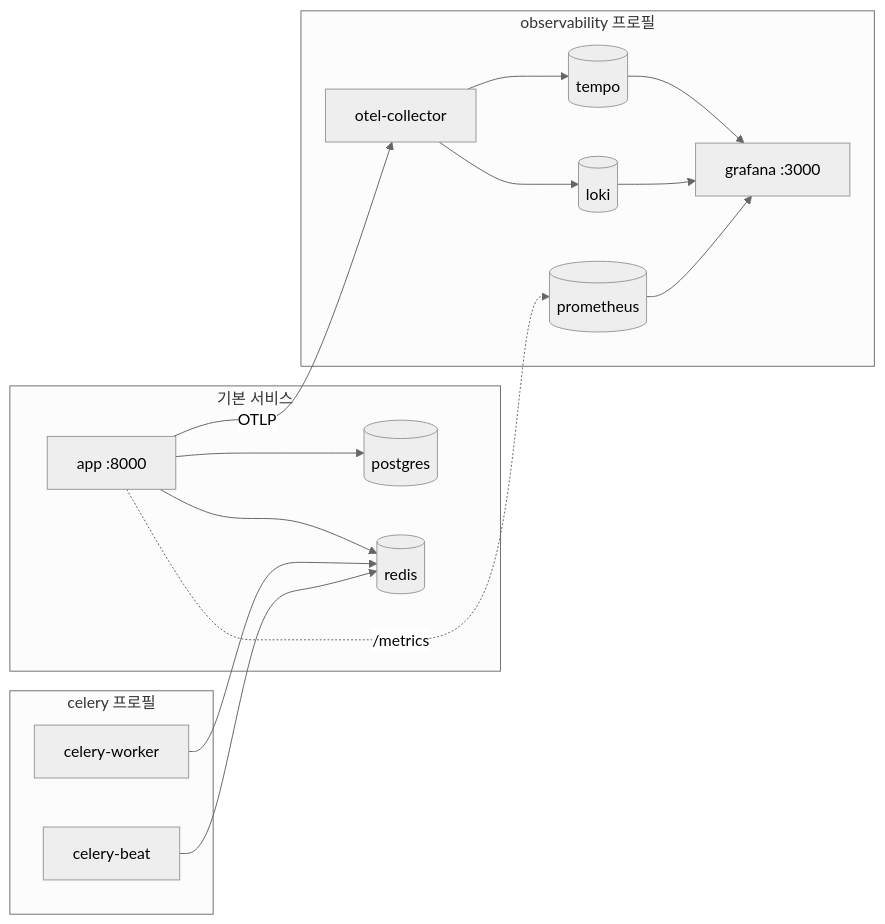
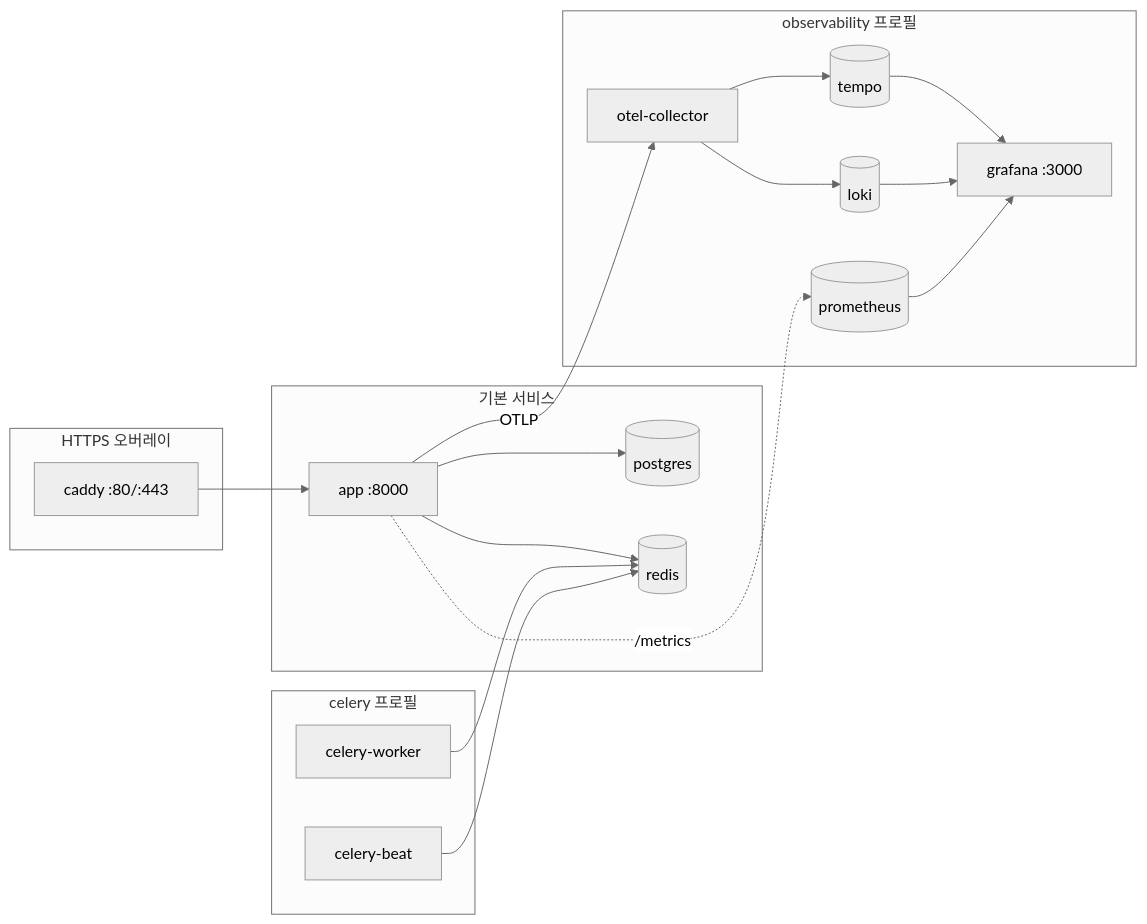
One commit to Blueprint4Agent/Blueprint4Agent.github.io changed the diagram in i18n/ko/docusaurus-plugin-content-docs/current/environment/docker.mdx. Above: the diagram before and after it, drawn with Mermaid (neutral theme). The commit also changed other lines of this file and 19 other files, not shown here.

````diff
--- a/i18n/ko/docusaurus-plugin-content-docs/current/environment/docker.mdx
+++ b/i18n/ko/docusaurus-plugin-content-docs/current/environment/docker.mdx
@@ -13,30 +13,34 @@
 ```mermaid
 flowchart LR
+    subgraph https["HTTPS 오버레이"]
+        CD["caddy :80/:443"]
+    end
     subgraph core["기본 서비스"]
         APP["app :8000"]
         PG[("postgres")]
         RD[("redis")]
     end
     subgraph jobs["celery 프로필"]
         W["celery-worker"]
         BT["celery-beat"]
     end
     subgraph obs["observability 프로필"]
         OC["otel-collector"]
         TP[("tempo")]
         LK[("loki")]
         PR[("prometheus")]
         GF["grafana :3000"]
     end
+    CD --> APP
     APP --> PG
     APP --> RD
     W --> RD
     BT --> RD
     APP -- "OTLP" --> OC
     OC --> TP
     OC --> LK
     APP -. "/metrics" .-> PR
     TP --> GF
     LK --> GF
     PR --> GF
 ```
````
